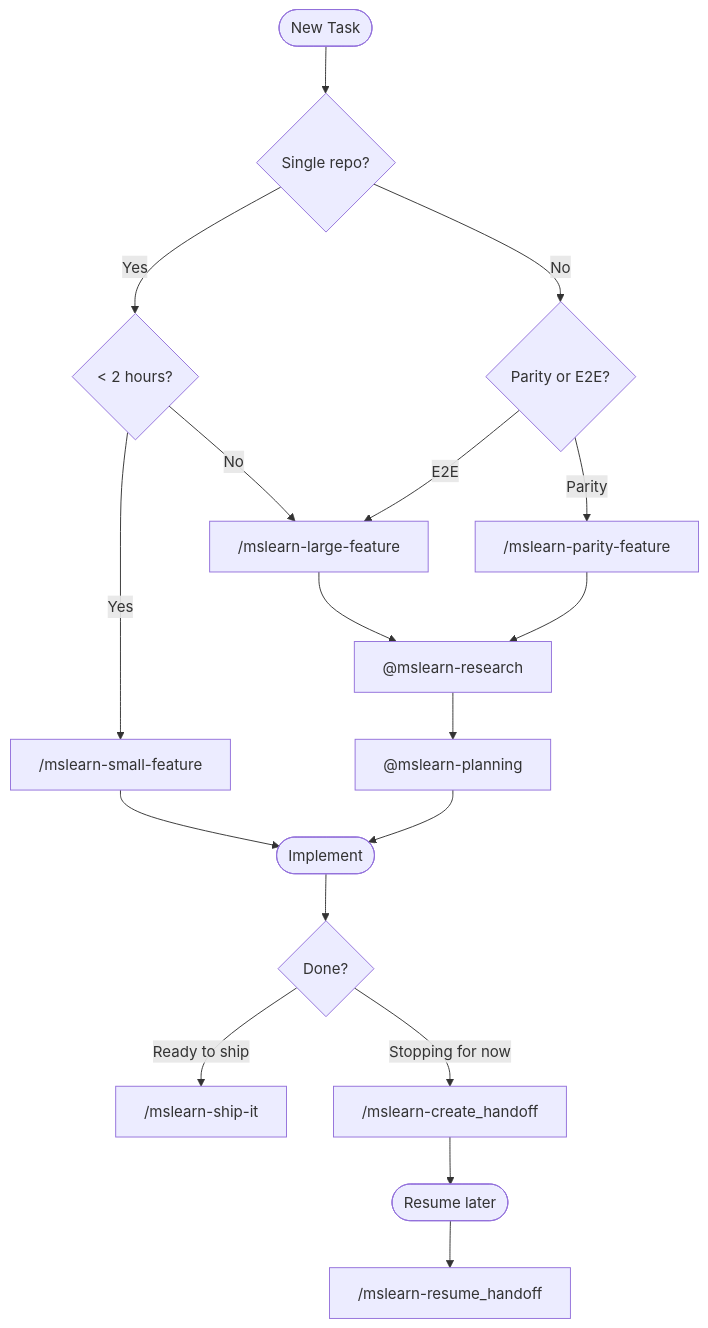
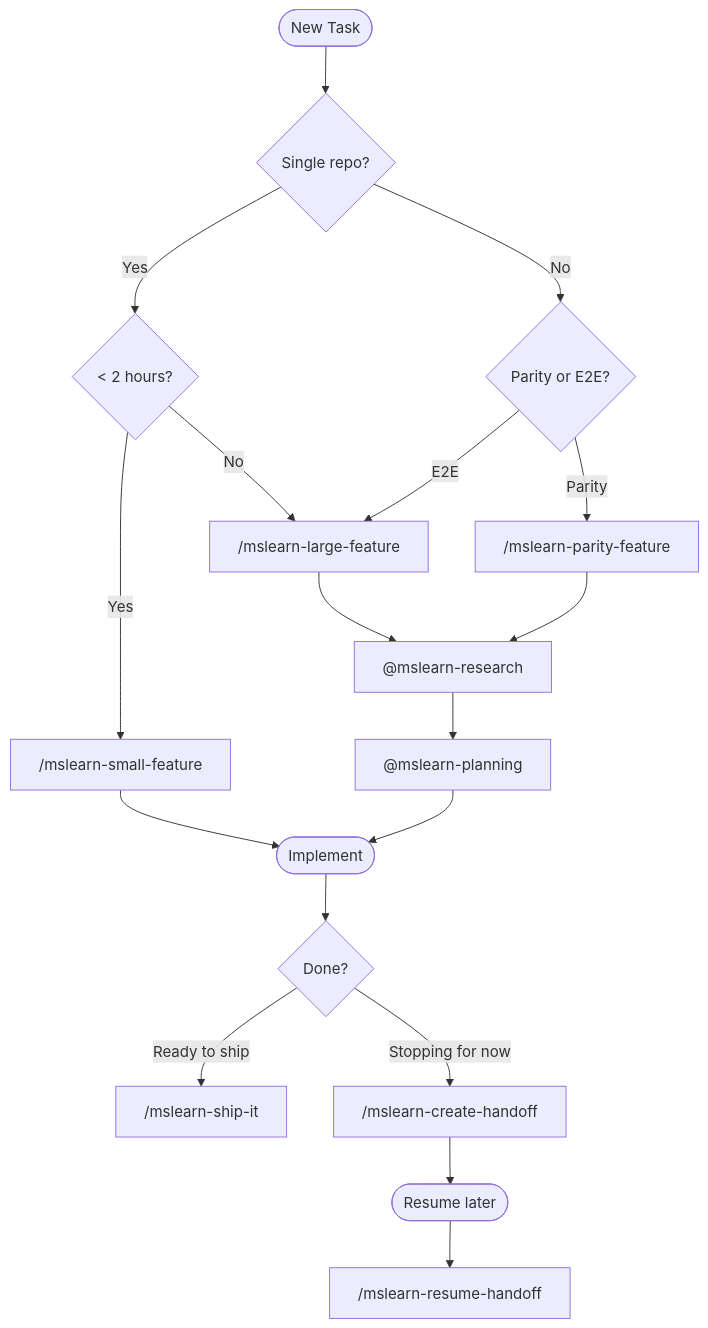
One commit to jwmunn/copilot-config changed the third of 4 diagrams in README.md. Above: the diagram before and after it, drawn with Mermaid. The commit also changed other lines of this file and 45 other files, not shown here.

````diff
--- a/README.md
+++ b/README.md
@@ -187,23 +190,23 @@
 ```mermaid
 flowchart TD
     START([New Task]) --> Q1{Single repo?}
     Q1 --> |Yes| Q2{< 2 hours?}
     Q1 --> |No| Q3{Parity or E2E?}
     
     Q2 --> |Yes| SF["/mslearn-small-feature"]
     Q2 --> |No| LF["/mslearn-large-feature"]
     
     Q3 --> |Parity| PF["/mslearn-parity-feature"]
     Q3 --> |E2E| LF
     
     SF --> IMPL([Implement])
     LF --> RES["@mslearn-research"] --> PLAN["@mslearn-planning"] --> IMPL
     PF --> RES
     
     IMPL --> DONE{Done?}
     DONE --> |"Ready to ship"| SHIP["/mslearn-ship-it"]
-    DONE --> |"Stopping for now"| HO["/mslearn-create_handoff"]
+    DONE --> |"Stopping for now"| HO["/mslearn-create-handoff"]
     
     HO --> LATER([Resume later])
-    LATER --> RESUME["/mslearn-resume_handoff"]
+    LATER --> RESUME["/mslearn-resume-handoff"]
 ```
````
